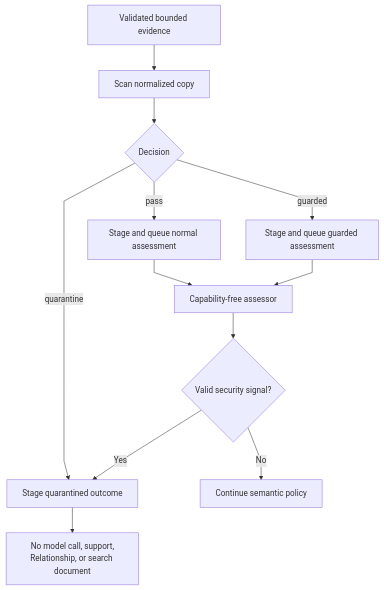
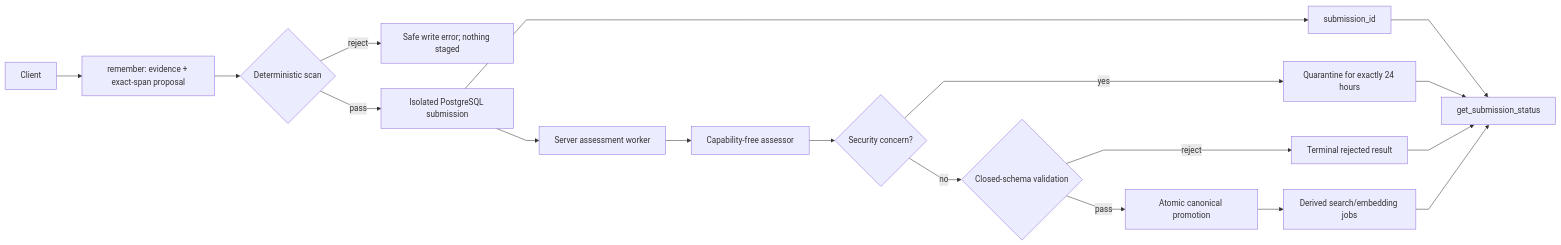
One commit to markhuangai/dense-mem changed the diagram in Write-Pipeline.md. Above: the diagram before and after it, drawn with Mermaid. The commit also changed other lines of this file and 16 other files, not shown here.

````diff
--- a/Write-Pipeline.md
+++ b/Write-Pipeline.md
@@ -219,15 +13,21 @@
-```mermaid
+~~~mermaid
 %%{init: {"flowchart": {"curve": "linear"}}}%%
-flowchart TD
-  Evidence["Validated bounded evidence"] --> Scan["Scan normalized copy"]
-  Scan --> Decision{"Decision"}
-  Decision -- pass --> Queue["Stage and queue normal assessment"]
-  Decision -- guarded --> Guarded["Stage and queue guarded assessment"]
-  Decision -- quarantine --> Outcome["Stage quarantined outcome"]
-  Outcome --> Stop["No model call, support,<br/>Relationship, or search document"]
-  Queue --> Model["Capability-free assessor"]
-  Guarded --> Model
-  Model --> ModelSignal{"Valid security signal?"}
-  ModelSignal -- Yes --> Outcome
-  ModelSignal -- No --> Semantic["Continue semantic policy"]
-```
+flowchart LR
+  Client["Client"] --> Remember["remember: evidence + exact-span proposal"]
+  Remember --> Scan{"Deterministic scan"}
+  Scan -- reject --> Reject["Safe write error; nothing staged"]
+  Scan -- pass --> Stage["Isolated PostgreSQL submission"]
+  Stage --> Status["submission_id"]
+  Stage --> Worker["Server assessment worker"]
+  Worker --> Assessor["Capability-free assessor"]
+  Assessor --> Security{"Security concern?"}
+  Security -- yes --> Quarantine["Quarantine for exactly 24 hours"]
+  Security -- no --> Validate{"Closed-schema validation"}
+  Validate -- reject --> Rejected["Terminal rejected result"]
+  Validate -- pass --> Promote["Atomic canonical promotion"]
+  Promote --> Search["Derived search/embedding jobs"]
+  Status --> Poll["get_submission_status"]
+  Quarantine --> Poll
+  Rejected --> Poll
+  Search --> Poll
+~~~
````
